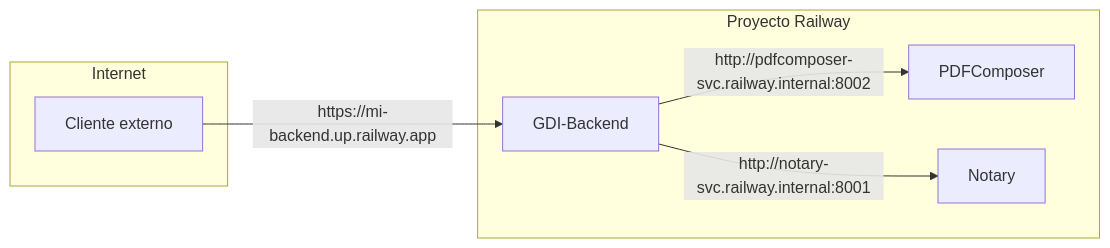
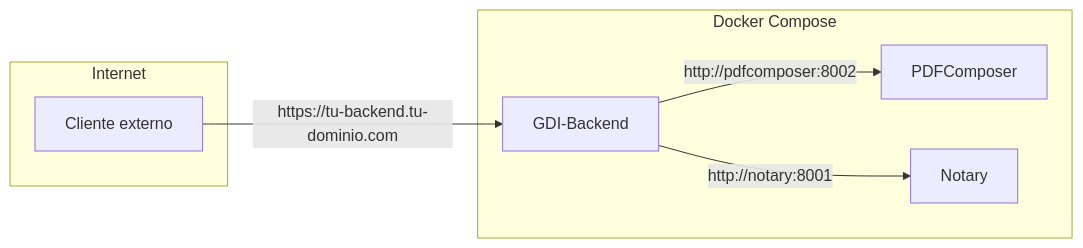
The diagram in docs/desarrollo/deploy/railway.md (GDI-APGLv3/GDI-Docs), drawn with Mermaid before and after one commit. The commit also changed other lines of this file and 43 other files, not shown here.

First line of the commit message:
docs: migrar Railway a Docker + limpiar servicios deprecados

````diff
--- a/docs/desarrollo/deploy/railway.md
+++ b/docs/desarrollo/deploy/railway.md
@@ -275,16 +206,16 @@
 ```mermaid
 graph LR
     subgraph Internet
         Client["Cliente externo"]
     end
 
-    subgraph Railway["Proyecto Railway"]
+    subgraph Docker["Docker Compose"]
         BE["GDI-Backend"]
         PDF["PDFComposer"]
         NOT["Notary"]
     end
 
-    Client -->|"https://mi-backend.up.railway.app"| BE
-    BE -->|"http://pdfcomposer-svc.railway.internal:8002"| PDF
-    BE -->|"http://notary-svc.railway.internal:8001"| NOT
+    Client -->|"https://tu-backend.tu-dominio.com"| BE
+    BE -->|"http://pdfcomposer:8002"| PDF
+    BE -->|"http://notary:8001"| NOT
 ```
````
